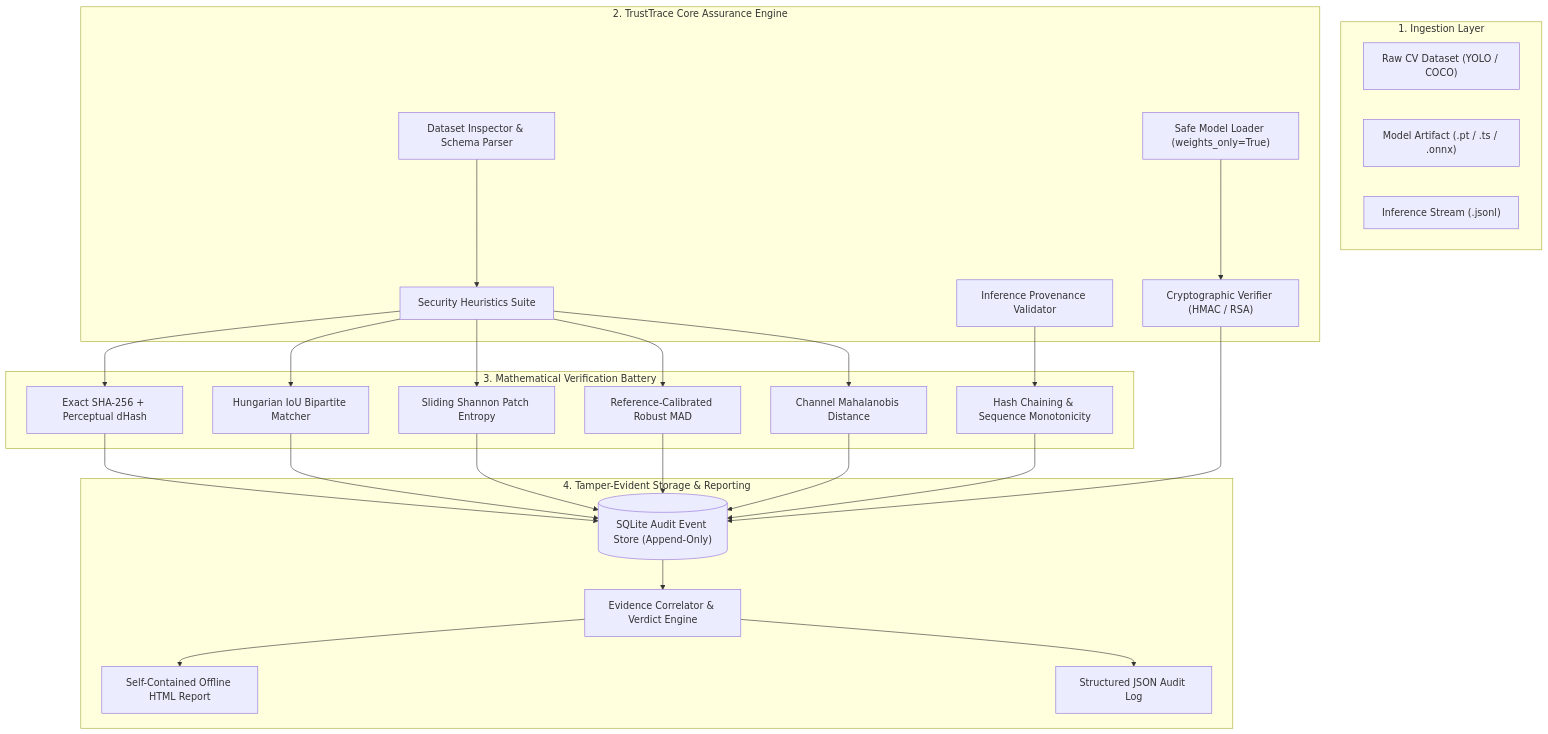
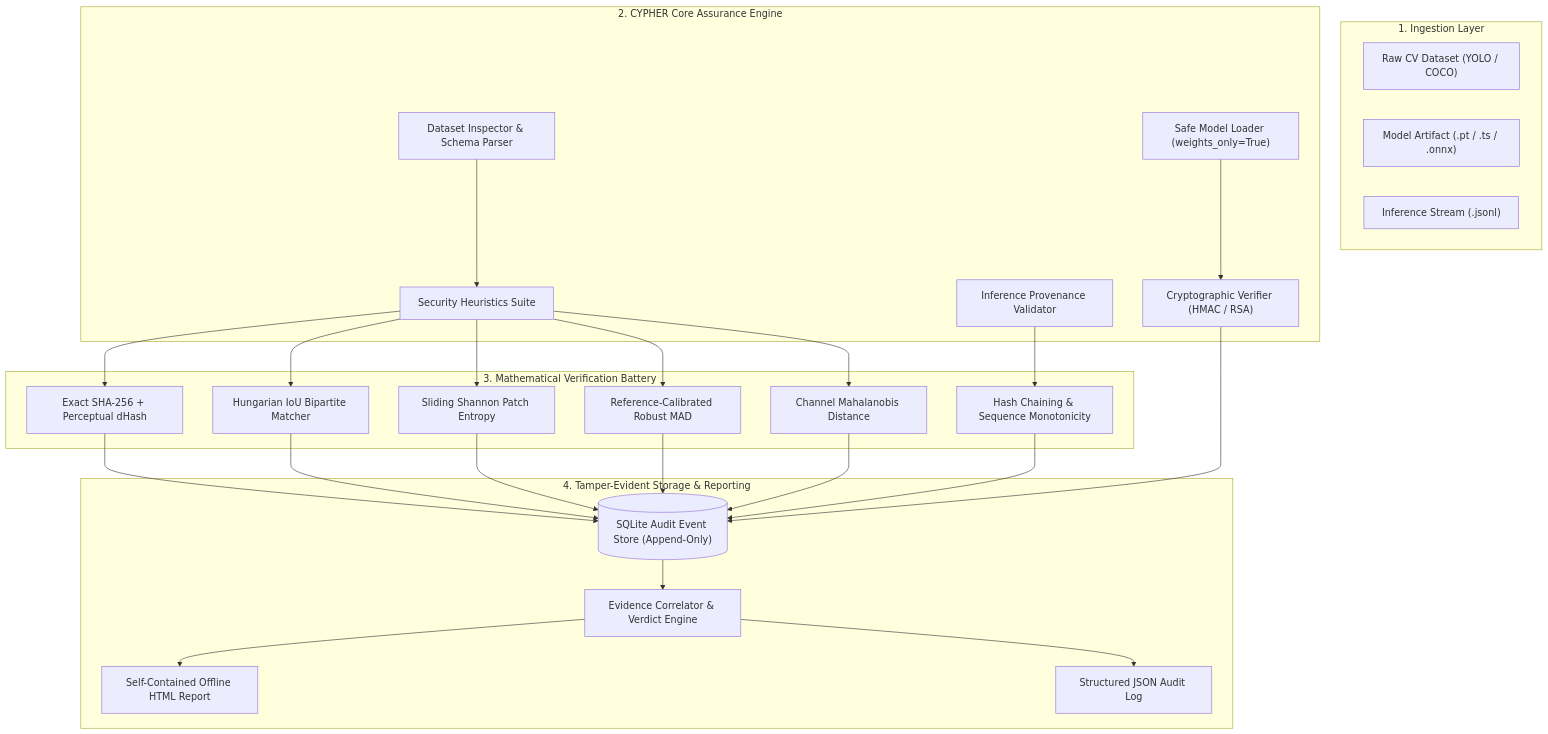
Before and after one commit to x2ankit/cypher: the diagram in README.md, drawn with Mermaid. The commit also changed other lines of this file and 43 other files, not shown here.

````diff
--- a/README.md
+++ b/README.md
@@ -105,47 +105,47 @@
 ```mermaid
 flowchart TD
     subgraph INGESTION["1. Ingestion Layer"]
         A1["Raw CV Dataset (YOLO / COCO)"]
         A2["Model Artifact (.pt / .ts / .onnx)"]
         A3["Inference Stream (.jsonl)"]
     end
 
-    subgraph ENGINE["2. TrustTrace Core Assurance Engine"]
+    subgraph ENGINE["2. CYPHER Core Assurance Engine"]
         B1["Dataset Inspector & Schema Parser"]
         B2["Security Heuristics Suite"]
         B3["Safe Model Loader (weights_only=True)"]
         B4["Cryptographic Verifier (HMAC / RSA)"]
         B5["Inference Provenance Validator"]
 
         B1 --> B2
         B3 --> B4
     end
 
     subgraph CHECKS["3. Mathematical Verification Battery"]
         C1["Exact SHA-256 + Perceptual dHash"]
         C2["Hungarian IoU Bipartite Matcher"]
         C3["Sliding Shannon Patch Entropy"]
         C4["Reference-Calibrated Robust MAD"]
         C5["Channel Mahalanobis Distance"]
         C6["Hash Chaining & Sequence Monotonicity"]
         
         B2 --> C1
         B2 --> C2
         B2 --> C3
         B2 --> C4
         B2 --> C5
         B5 --> C6
     end
 
     subgraph AUDIT["4. Tamper-Evident Storage & Reporting"]
         D1[("SQLite Audit Event Store (Append-Only)")]
         D2["Evidence Correlator & Verdict Engine"]
         D3["Self-Contained Offline HTML Report"]
         D4["Structured JSON Audit Log"]
 
         C1 & C2 & C3 & C4 & C5 & C6 & B4 --> D1
         D1 --> D2
         D2 --> D3
         D2 --> D4
     end
 ```
````
